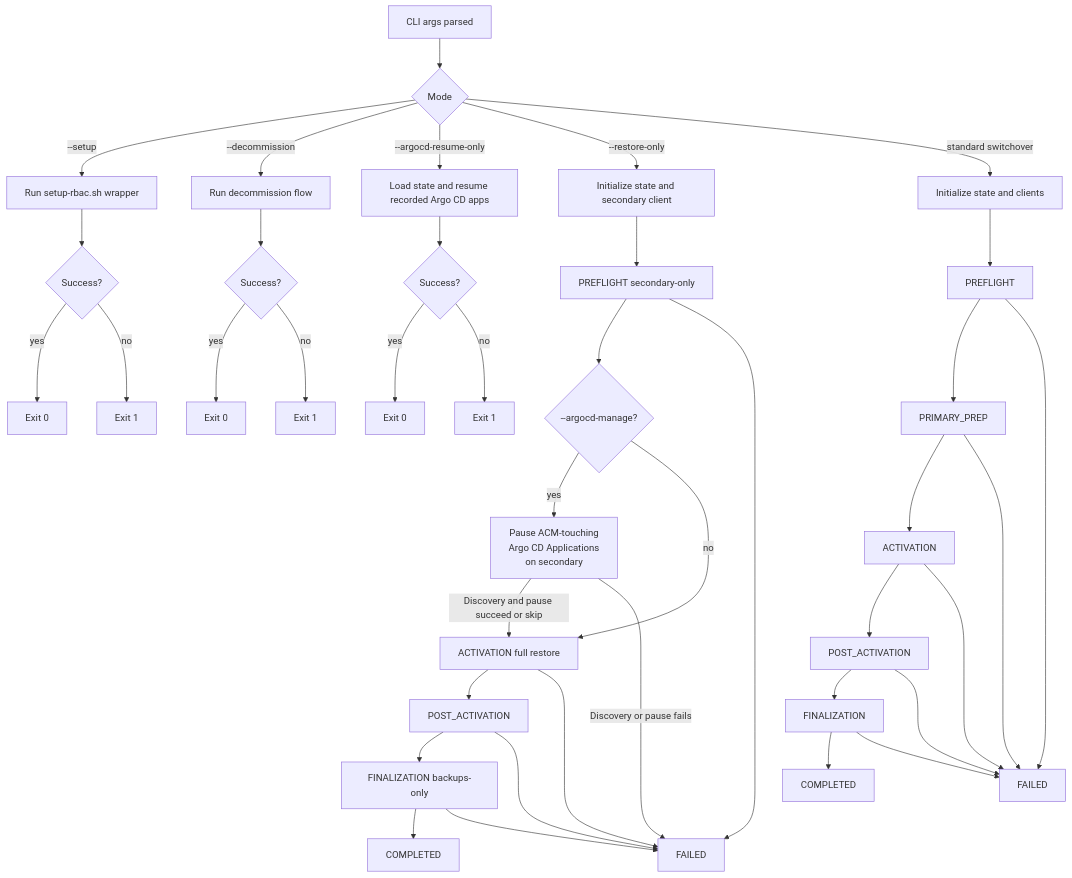
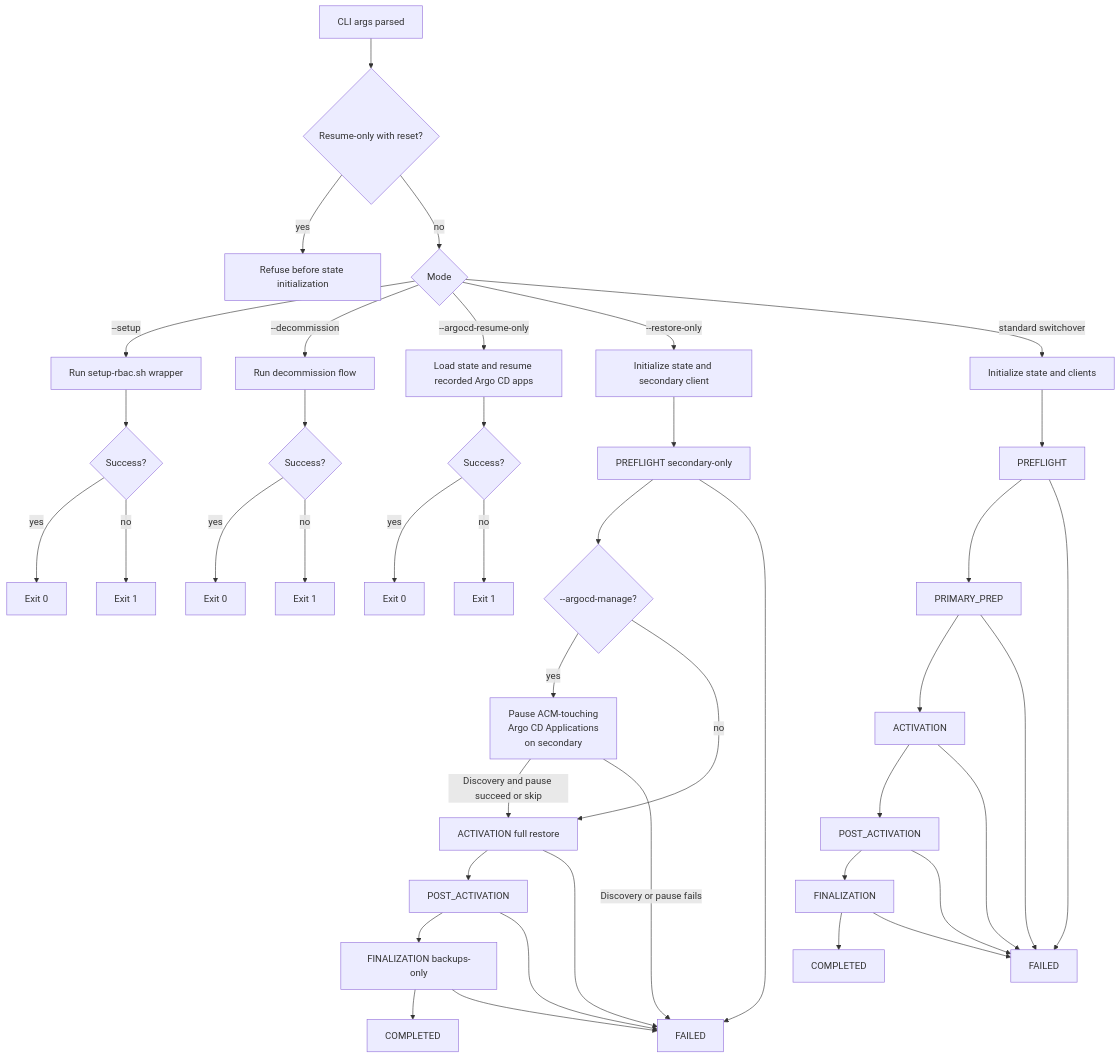
One commit to tomazb/rh-acm-switchover changed the first of 5 diagrams in docs/development/architecture.md. Above: the diagram before and after it, drawn with Mermaid. The commit also changed other lines of this file and 10 other files, not shown here.

````diff
--- a/docs/development/architecture.md
+++ b/docs/development/architecture.md
@@ -91,42 +92,44 @@
 ```mermaid
 flowchart TD
-    A[CLI args parsed] --> B{Mode}
+    A[CLI args parsed] --> AV{Resume-only with reset?}
+    AV -->|yes| AX[Refuse before state initialization]
+    AV -->|no| B{Mode}
     B -->|--setup| C[Run setup-rbac.sh wrapper]
     B -->|--decommission| D[Run decommission flow]
     B -->|--argocd-resume-only| E[Load state and resume recorded Argo CD apps]
     B -->|--restore-only| R[Initialize state and secondary client]
     B -->|standard switchover| F[Initialize state and clients]
     C --> C1{Success?}
     C1 -->|yes| C2[Exit 0]
     C1 -->|no| C3[Exit 1]
     D --> D1{Success?}
     D1 -->|yes| D2[Exit 0]
     D1 -->|no| D3[Exit 1]
     E --> E1{Success?}
     E1 -->|yes| E2[Exit 0]
     E1 -->|no| E3[Exit 1]
     R --> RG[PREFLIGHT secondary-only]
     RG --> RP{--argocd-manage?}
     RP -->|yes| RQ[Pause ACM-touching<br/>Argo CD Applications<br/>on secondary]
     RP -->|no| RI[ACTIVATION full restore]
     RQ -->|Discovery and pause succeed or skip| RI
     RI --> RJ[POST_ACTIVATION]
     RJ --> RM[FINALIZATION backups-only]
     RM --> RK[COMPLETED]
     RG --> RL[FAILED]
     RQ -->|Discovery or pause fails| RL
     RI --> RL
     RJ --> RL
     RM --> RL
     F --> G[PREFLIGHT]
     G --> H[PRIMARY_PREP]
     H --> I[ACTIVATION]
     I --> J[POST_ACTIVATION]
     J --> M[FINALIZATION]
     M --> K[COMPLETED]
     G --> L[FAILED]
     H --> L
     I --> L
     J --> L
     M --> L
 ```
````
